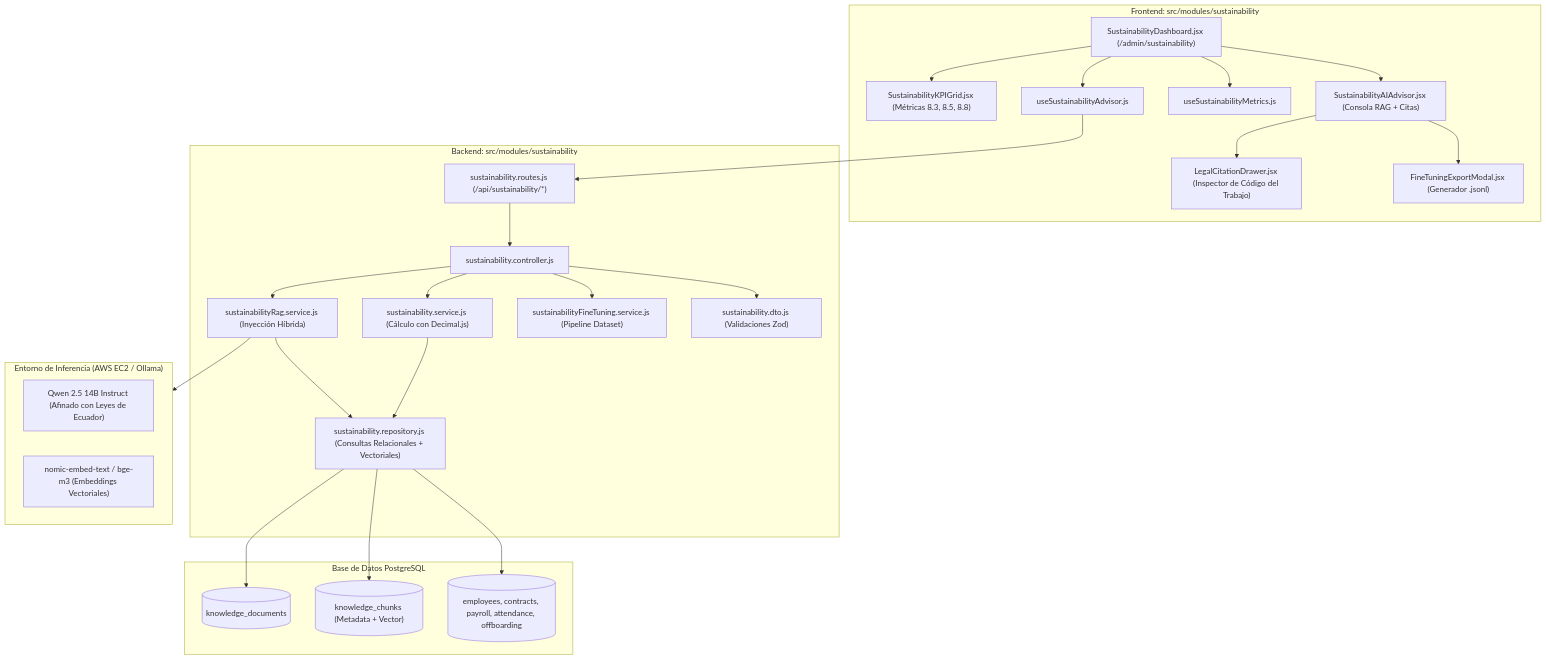
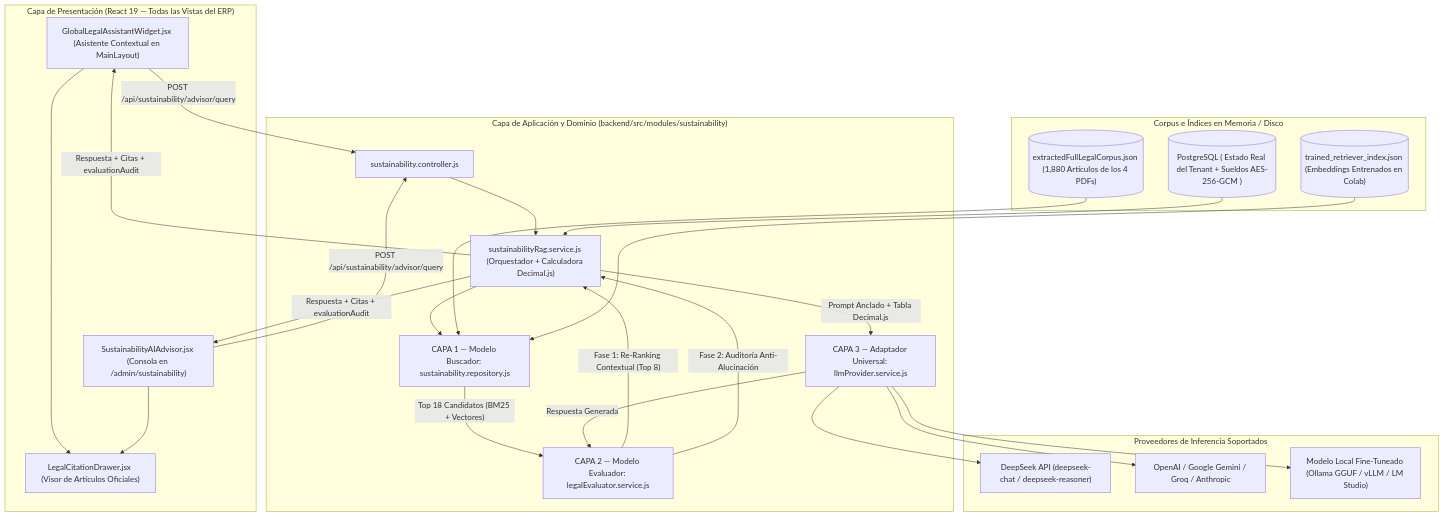
One commit to JorgeDoicela/erp_pymes changed the first of 2 diagrams in docs/09-sostenibilidad-ods/04-asistente-ia-rag-y-fine-tuning-slm.md. Above: the diagram before and after it, drawn with Mermaid. The commit also changed other lines of this file and 80 other files, not shown here.

````diff
--- a/docs/09-sostenibilidad-ods/04-asistente-ia-rag-y-fine-tuning-slm.md
+++ b/docs/09-sostenibilidad-ods/04-asistente-ia-rag-y-fine-tuning-slm.md
@@ -14,43 +38,42 @@
 ```mermaid
 flowchart TD
-    subgraph FrontendModule["Frontend: src/modules/sustainability"]
-        UI_Dash["SustainabilityDashboard.jsx (/admin/sustainability)"]
-        UI_KPIGrid["SustainabilityKPIGrid.jsx (Métricas 8.3, 8.5, 8.8)"]
-        UI_Advisor["SustainabilityAIAdvisor.jsx (Consola RAG + Citas)"]
-        UI_Drawer["LegalCitationDrawer.jsx (Inspector de Código del Trabajo)"]
-        UI_Export["FineTuningExportModal.jsx (Generador .jsonl)"]
-        Hook_Metrics["useSustainabilityMetrics.js"]
-        Hook_Advisor["useSustainabilityAdvisor.js"]
+    subgraph Cliente["Capa de Presentación (React 19 — Todas las Vistas del ERP)"]
+        GlobalWidget["GlobalLegalAssistantWidget.jsx (Asistente Contextual en MainLayout)"]
+        MainConsole["SustainabilityAIAdvisor.jsx (Consola en /admin/sustainability)"]
+        Drawer["LegalCitationDrawer.jsx (Visor de Artículos Oficiales)"]
     end
 
-    subgraph BackendModule["Backend: src/modules/sustainability"]
-        Routes["sustainability.routes.js (/api/sustainability/*)"]
-        Ctrl["sustainability.controller.js"]
-        Srv_ODS["sustainability.service.js (Cálculo con Decimal.js)"]
-        Srv_RAG["sustainabilityRag.service.js (Inyección Híbrida)"]
-        Srv_FT["sustainabilityFineTuning.service.js (Pipeline Dataset)"]
-        Repo["sustainability.repository.js (Consultas Relacionales + Vectoriales)"]
-        DTO["sustainability.dto.js (Validaciones Zod)"]
+    subgraph Orquestacion["Capa de Aplicación y Dominio (backend/src/modules/sustainability)"]
+        Controller["sustainability.controller.js"]
+        RagOrchestrator["sustainabilityRag.service.js (Orquestador + Calculadora Decimal.js)"]
+        Retriever["CAPA 1 — Modelo Buscador: sustainability.repository.js"]
+        Evaluator["CAPA 2 — Modelo Evaluador: legalEvaluator.service.js"]
+        LlmAdapter["CAPA 3 — Adaptador Universal: llmProvider.service.js"]
     end
 
-    subgraph Persistencia["Base de Datos PostgreSQL"]
-        T_Doc[("knowledge_documents")]
-        T_Chunk[("knowledge_chunks (Metadata + Vector)")]
-        T_Rel[("employees, contracts, payroll, attendance, offboarding")]
+    subgraph Datos["Corpus e Índices en Memoria / Disco"]
+        PdfJson[("extractedFullLegalCorpus.json (1,880 Artículos de los 4 PDFs)")]
+        ColabVectors[("trained_retriever_index.json (Embeddings Entrenados en Colab)")]
+        PrismaDB[("PostgreSQL ( Estado Real del Tenant + Sueldos AES-256-GCM )")]
     end
 
-    subgraph InferenciaExterna["Entorno de Inferencia (AWS EC2 / Ollama)"]
-        LLM_Model["Qwen 2.5 14B Instruct (Afinado con Leyes de Ecuador)"]
-        Embedder_Model["nomic-embed-text / bge-m3 (Embeddings Vectoriales)"]
+    subgraph MotoresInferencia["Proveedores de Inferencia Soportados"]
+        DeepSeek["DeepSeek API (deepseek-chat / deepseek-reasoner)"]
+        CloudProviders["OpenAI / Google Gemini / Groq / Anthropic"]
+        LocalFineTuned["Modelo Local Fine-Tuneado (Ollama GGUF / vLLM / LM Studio)"]
     end
 
-    UI_Dash --> UI_KPIGrid & UI_Advisor
-    UI_Advisor --> UI_Drawer & UI_Export
-    UI_Dash --> Hook_Metrics & Hook_Advisor
-    Hook_Advisor --> Routes
-    Routes --> Ctrl --> DTO
-    Ctrl --> Srv_ODS & Srv_RAG & Srv_FT
-    Srv_ODS --> Repo --> T_Rel
-    Srv_RAG --> Repo --> T_Doc & T_Chunk
-    Srv_RAG --> InferenciaExterna
+    GlobalWidget & MainConsole -->|"POST /api/sustainability/advisor/query"| Controller
+    Controller --> RagOrchestrator
+    RagOrchestrator --> Retriever
+    PdfJson & ColabVectors --> Retriever
+    PrismaDB --> RagOrchestrator
+    Retriever -->|"Top 18 Candidatos (BM25 + Vectores)"| Evaluator
+    Evaluator -->|"Fase 1: Re-Ranking Contextual (Top 8)"| RagOrchestrator
+    RagOrchestrator -->|"Prompt Anclado + Tabla Decimal.js"| LlmAdapter
+    LlmAdapter --> DeepSeek & CloudProviders & LocalFineTuned
+    LlmAdapter -->|"Respuesta Generada"| Evaluator
+    Evaluator -->|"Fase 2: Auditoría Anti-Alucinación"| RagOrchestrator
+    RagOrchestrator -->|"Respuesta + Citas + evaluationAudit"| GlobalWidget & MainConsole
+    GlobalWidget & MainConsole --> Drawer
 ```
````
